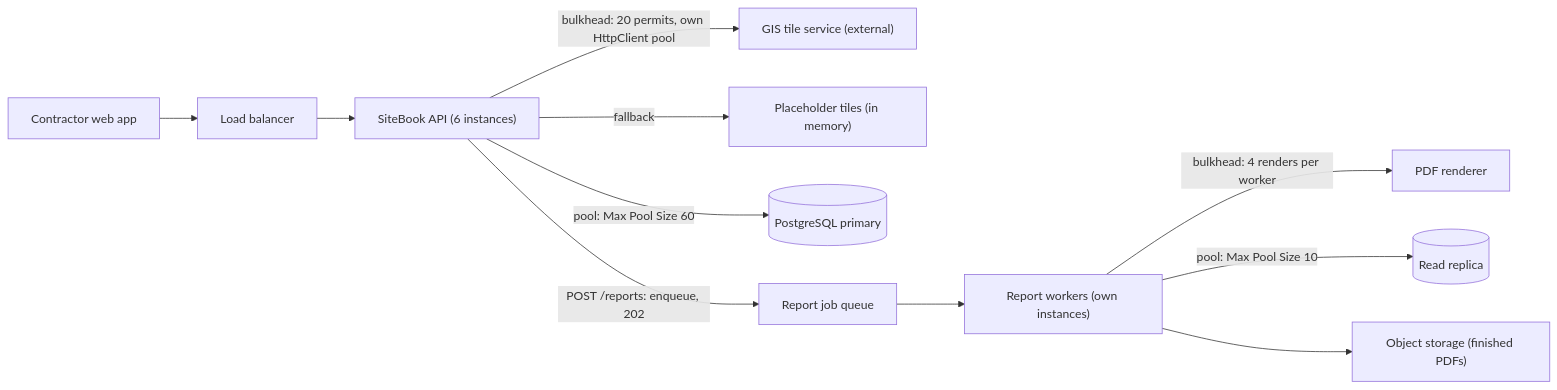
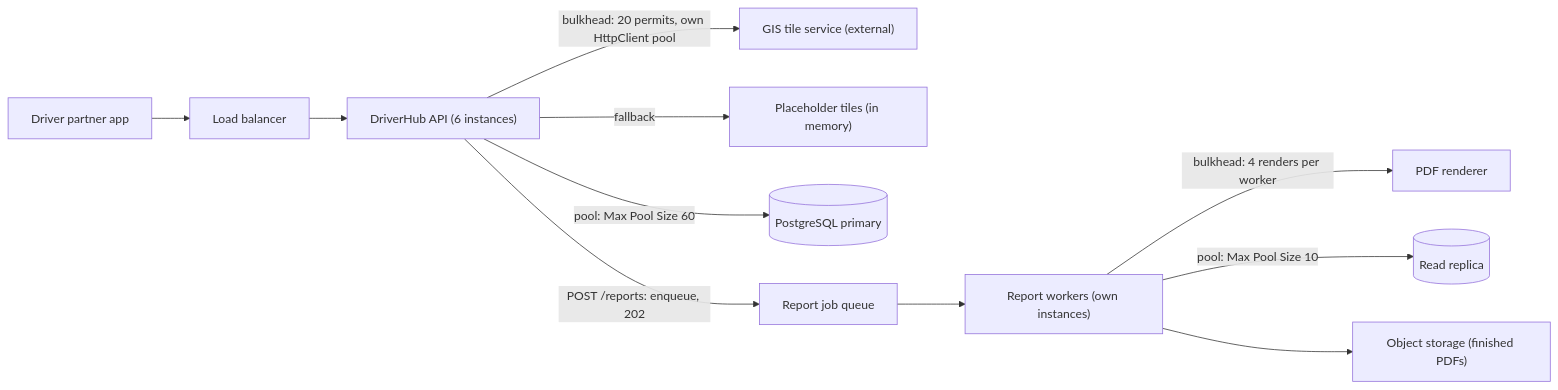
Before and after one commit to rizwi0786/system-design-lab: the first of 2 diagrams in content/lessons/m10/m10-bulkhead.md, drawn with Mermaid. The commit also changed other lines of this file and 334 other files, not shown here.

````diff
--- a/content/lessons/m10/m10-bulkhead.md
+++ b/content/lessons/m10/m10-bulkhead.md
@@ -190,13 +190,13 @@
 ```mermaid
 flowchart LR
-    U["Contractor web app"] --> LB["Load balancer"]
-    LB --> API["SiteBook API (6 instances)"]
+    U["Driver partner app"] --> LB["Load balancer"]
+    LB --> API["DriverHub API (6 instances)"]
     API -->|"bulkhead: 20 permits, own HttpClient pool"| GIS["GIS tile service (external)"]
     API -->|"fallback"| PH["Placeholder tiles (in memory)"]
     API -->|"pool: Max Pool Size 60"| DB[("PostgreSQL primary")]
     API -->|"POST /reports: enqueue, 202"| Q["Report job queue"]
     Q --> RW["Report workers (own instances)"]
     RW -->|"bulkhead: 4 renders per worker"| R["PDF renderer"]
     RW -->|"pool: Max Pool Size 10"| RR[("Read replica")]
     RW --> BLOB["Object storage (finished PDFs)"]
 ```
````
